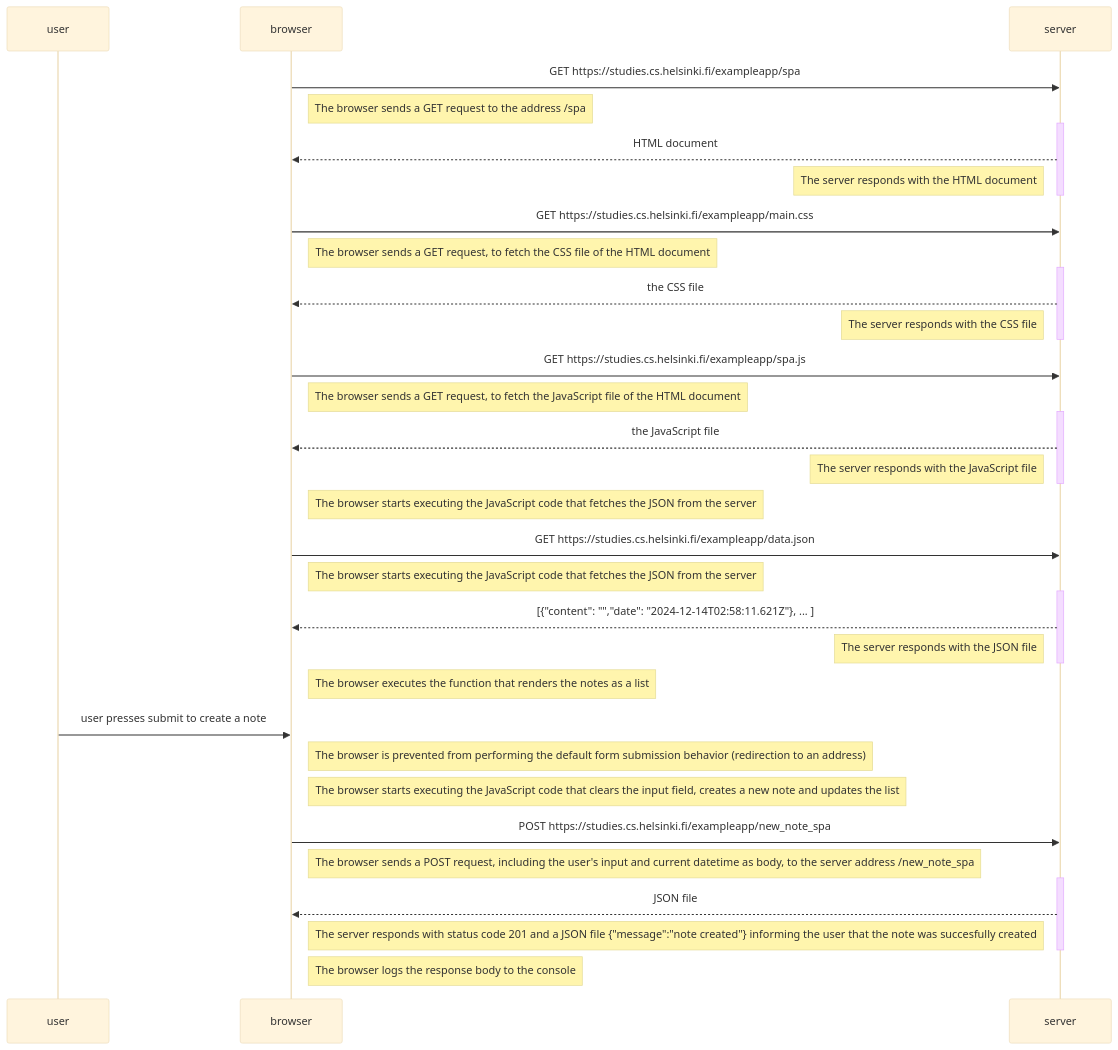
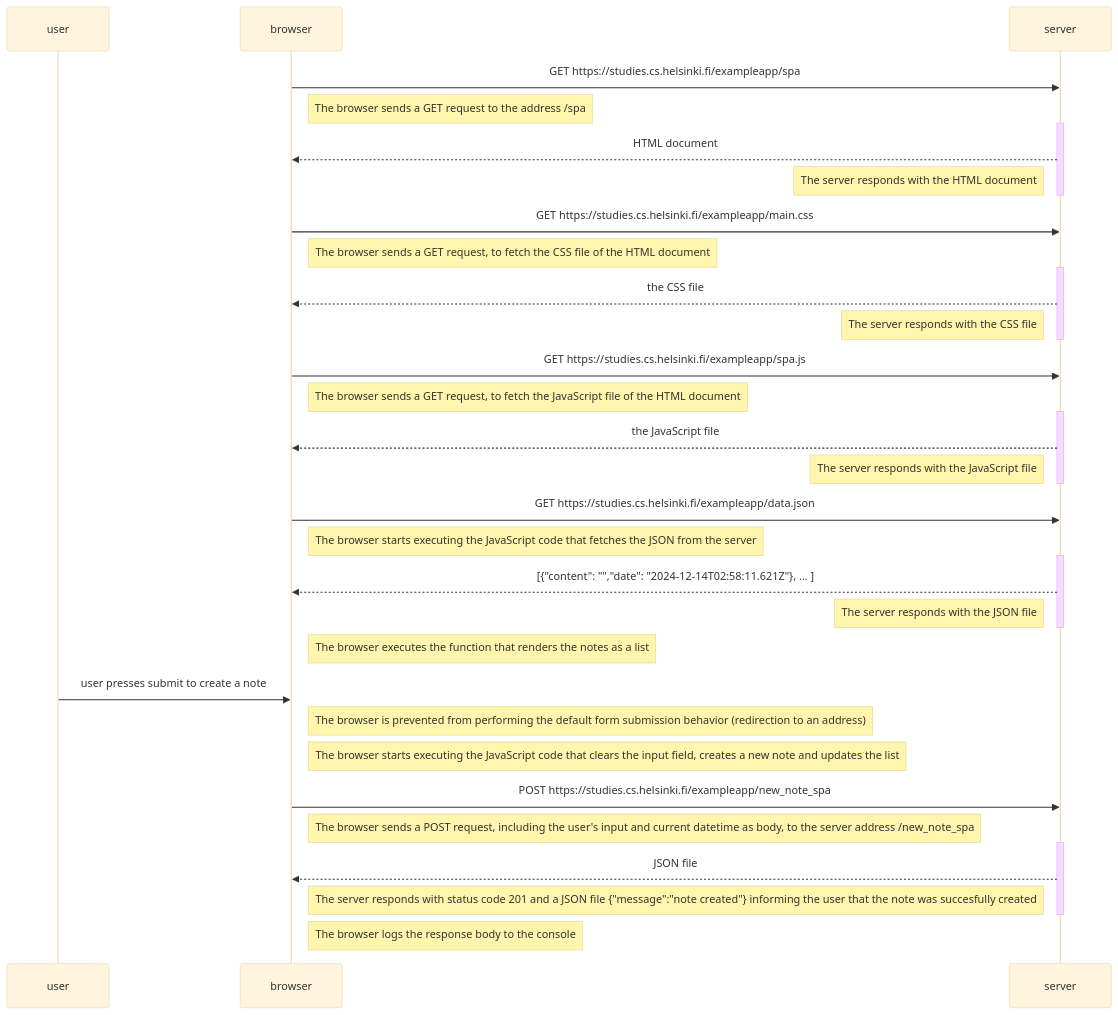
One commit to manosmin/fullstackopen changed the diagram in part0/spa.md. Above: the diagram before and after it, drawn with Mermaid (base theme).

Commit message:
part0 exercises

````diff
--- a/part0/spa.md
+++ b/part0/spa.md
@@ -1,42 +1,41 @@
 ```mermaid
 sequenceDiagram
     participant user
     participant browser
     participant server
     browser->>server: GET https://studies.cs.helsinki.fi/exampleapp/spa
     Note right of browser: The browser sends a GET request to the address /spa
     activate server
     server-->>browser: HTML document
     Note left of server: The server responds with the HTML document
     deactivate server
     browser->>server: GET https://studies.cs.helsinki.fi/exampleapp/main.css
     Note right of browser: The browser sends a GET request, to fetch the CSS file of the HTML document
     activate server
     server-->>browser: the CSS file
     Note left of server: The server responds with the CSS file
     deactivate server
     browser->>server: GET https://studies.cs.helsinki.fi/exampleapp/spa.js
     Note right of browser: The browser sends a GET request, to fetch the JavaScript file of the HTML document
     activate server
     server-->>browser: the JavaScript file
     Note left of server: The server responds with the JavaScript file
     deactivate server
-    Note right of browser: The browser starts executing the JavaScript code that fetches the JSON from the server
     browser->>server: GET https://studies.cs.helsinki.fi/exampleapp/data.json
     Note right of browser: The browser starts executing the JavaScript code that fetches the JSON from the server
     activate server
     server-->>browser: [{"content": "","date": "2024-12-14T02:58:11.621Z"}, ... ]
     Note left of server: The server responds with the JSON file
     deactivate server
     Note right of browser: The browser executes the function that renders the notes as a list
     user->>browser: user presses submit to create a note
     Note right of browser: The browser is prevented from performing the default form submission behavior (redirection to an address)
     Note right of browser: The browser starts executing the JavaScript code that clears the input field, creates a new note and updates the list
     browser->>server: POST https://studies.cs.helsinki.fi/exampleapp/new_note_spa
     Note right of browser: The browser sends a POST request, including the user's input and current datetime as body, to the server address /new_note_spa
     activate server
     server-->>browser: JSON file
     Note left of server: The server responds with status code 201 and a JSON file {"message":"note created"} informing the user that the note was succesfully created
     deactivate server
     Note right of browser: The browser logs the response body to the console
 ```
````
